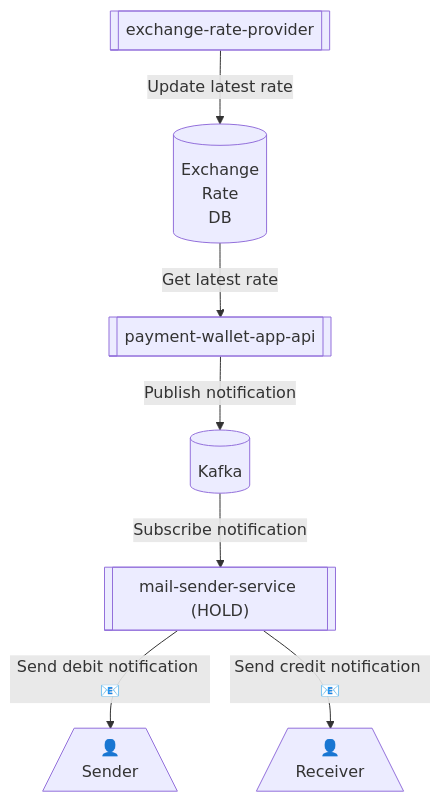
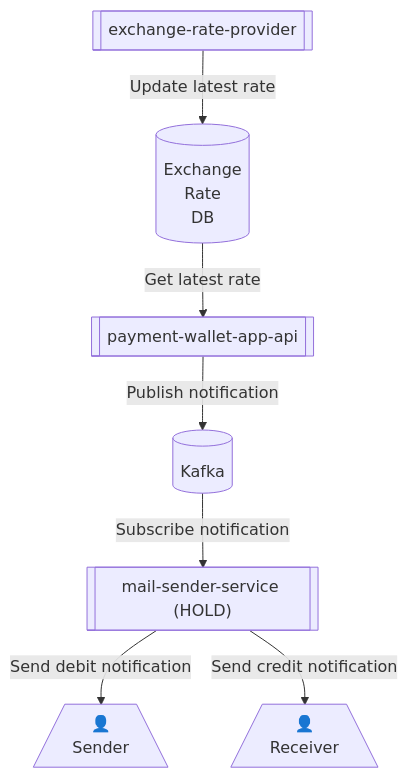
The diagram in README.md (swarnava-code/payment-wallet-app), drawn with Mermaid before and after one commit.

Commit message:
remove mail unicode since github fail to render it

````diff
--- a/README.md
+++ b/README.md
@@ -14,19 +14,19 @@
 ```mermaid
 graph TD;
     exchange-rate-provider[["exchange-rate-provider"]]
     payment-wallet-app-api[["payment-wallet-app-api"]]
     DB_Exchange_Rate[("Exchange\n Rate\n DB")]
     
     MailSenderService[["mail-sender-service (HOLD)"]]
     Kafka[("Kafka")]
     Sender[/"👤\n Sender"\]
     Receiver[/"👤\n Receiver"\]
 
     exchange-rate-provider--Update latest rate-->DB_Exchange_Rate;
     DB_Exchange_Rate--Get latest rate-->payment-wallet-app-api;
 
     payment-wallet-app-api--Publish notification-->Kafka
     Kafka--Subscribe notification-->MailSenderService
-    MailSenderService--Send debit notification 📧-->Sender
-    MailSenderService--Send credit notification 📧-->Receiver
+    MailSenderService--Send debit notification-->Sender
+    MailSenderService--Send credit notification-->Receiver
 ```
````
